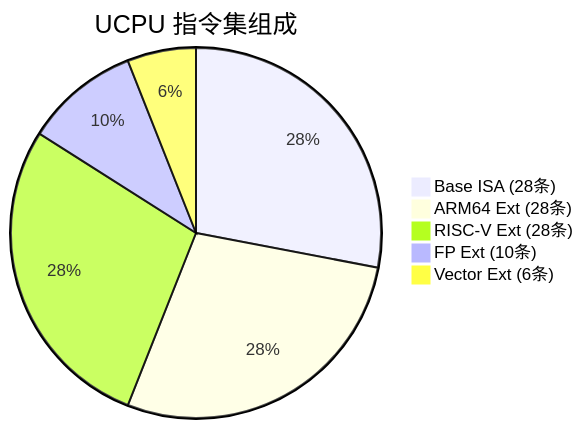
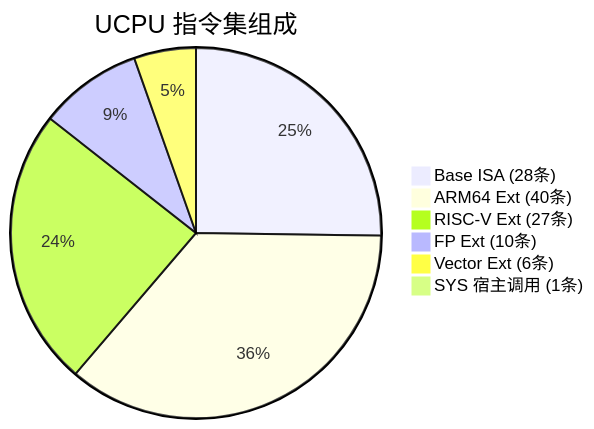
One commit to ByUsiStudio/UCPU changed the sixth of 19 diagrams in README.md. Above: the diagram before and after it, drawn with Mermaid. The commit also changed other lines of this file and 4 other files, not shown here.

````diff
--- a/README.md
+++ b/README.md
@@ -197,8 +197,9 @@
 ```mermaid
 pie title UCPU 指令集组成
     "Base ISA (28条)" : 28
-    "ARM64 Ext (28条)" : 28
-    "RISC-V Ext (28条)" : 28
+    "ARM64 Ext (40条)" : 40
+    "RISC-V Ext (27条)" : 27
     "FP Ext (10条)" : 10
     "Vector Ext (6条)" : 6
+    "SYS 宿主调用 (1条)" : 1
 ```
````
